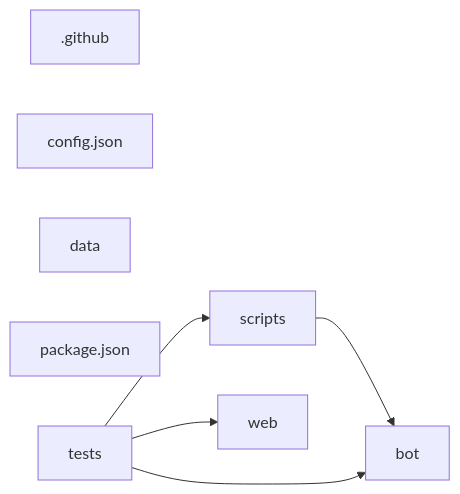
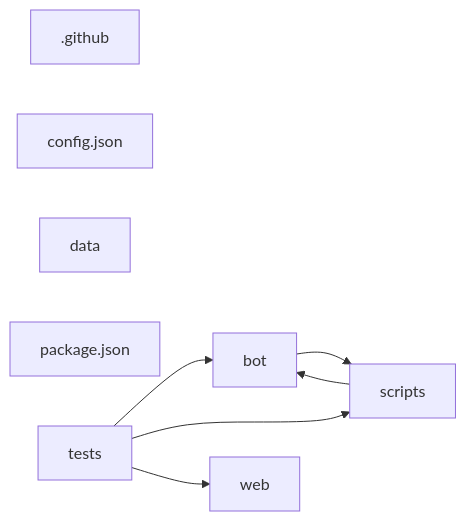
Before and after one commit to devroadtosucces15-boop/Norex-United-FC: the diagram in PLANNING/system-atlas/00-system-layers.md, drawn with Mermaid. The commit also changed 7 other files, not shown here.

````diff
--- a/PLANNING/system-atlas/00-system-layers.md
+++ b/PLANNING/system-atlas/00-system-layers.md
@@ -5,15 +5,16 @@
 ```mermaid
 flowchart LR
   n0[".github"]
   n1["bot"]
   n2["config.json"]
   n3["data"]
   n4["package.json"]
   n5["scripts"]
   n6["tests"]
   n7["web"]
+  n1 --> n5
   n5 --> n1
   n6 --> n1
   n6 --> n5
   n6 --> n7
 ```
````
